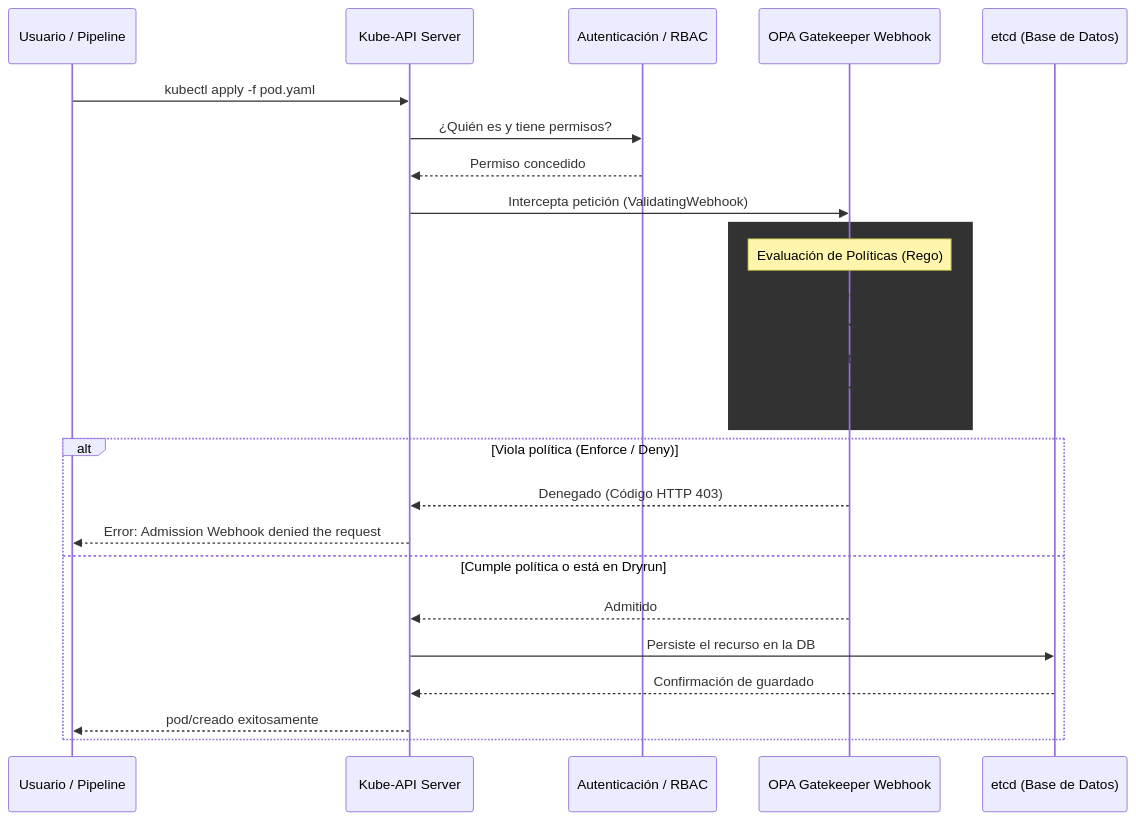
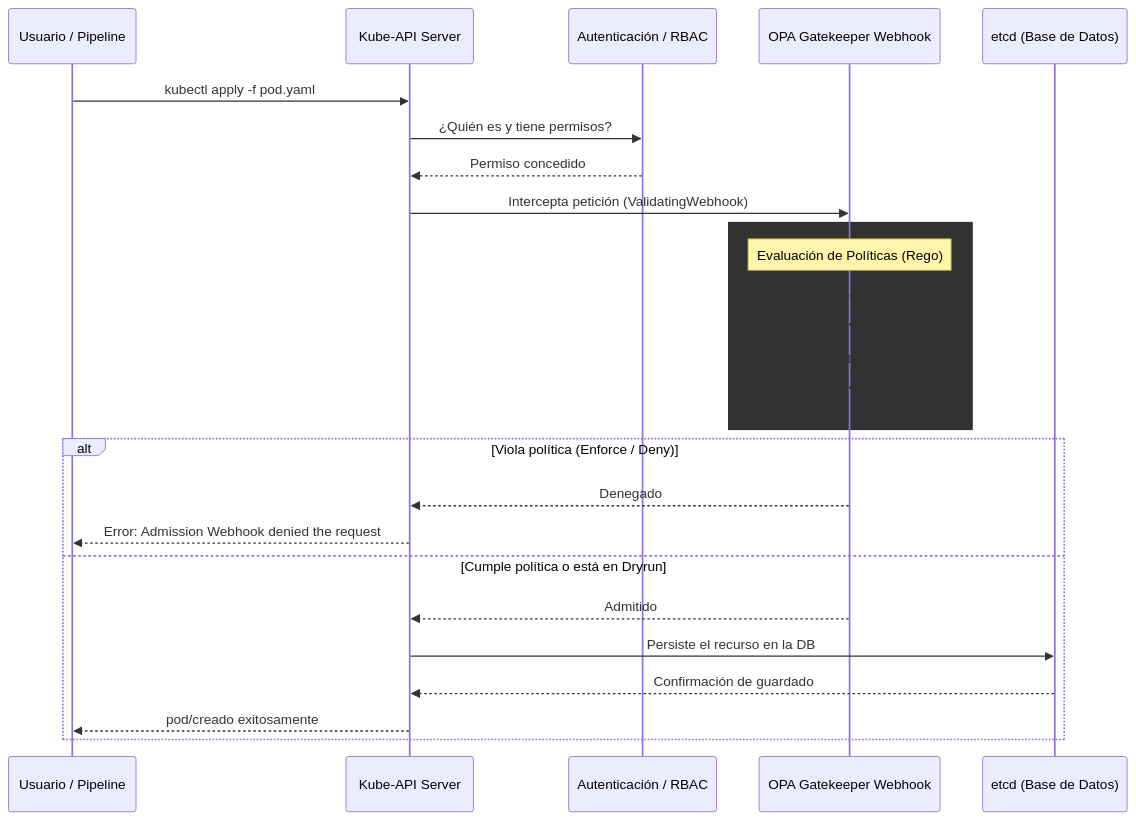
One commit to luisgleonv/proyecto-equipo-5 changed the diagram in docs/architecture.md. Above: the diagram before and after it, drawn with Mermaid. The commit also changed 1 other file, not shown here.

Commit message:
Modificación de los documentos de architectura y configuración

````diff
--- a/docs/architecture.md
+++ b/docs/architecture.md
@@ -29,29 +29,29 @@
 ```mermaid
 sequenceDiagram
     participant User as Usuario / Pipeline
     participant API as Kube-API Server
     participant RBAC as Autenticación / RBAC
     participant Webhook as OPA Gatekeeper Webhook
     participant ETCD as etcd (Base de Datos)
 
     User->>API: kubectl apply -f pod.yaml
     API->>RBAC: ¿Quién es y tiene permisos?
     RBAC-->>API: Permiso concedido
     API->>Webhook: Intercepta petición (ValidatingWebhook)
     
     rect rgb(50, 50, 50)
         Note over Webhook: Evaluación de Políticas (Rego)
         Webhook->>Webhook: Verifica exclusiones (ej. kube-system)
         Webhook->>Webhook: Compara contra Constraints
     end
 
     alt Viola política (Enforce / Deny)
-        Webhook-->>API: Denegado (Código HTTP 403)
+        Webhook-->>API: Denegado
         API-->>User: Error: Admission Webhook denied the request
     else Cumple política o está en Dryrun
         Webhook-->>API: Admitido
         API->>ETCD: Persiste el recurso en la DB
         ETCD-->>API: Confirmación de guardado
         API-->>User: pod/creado exitosamente
     end
 ```
````
